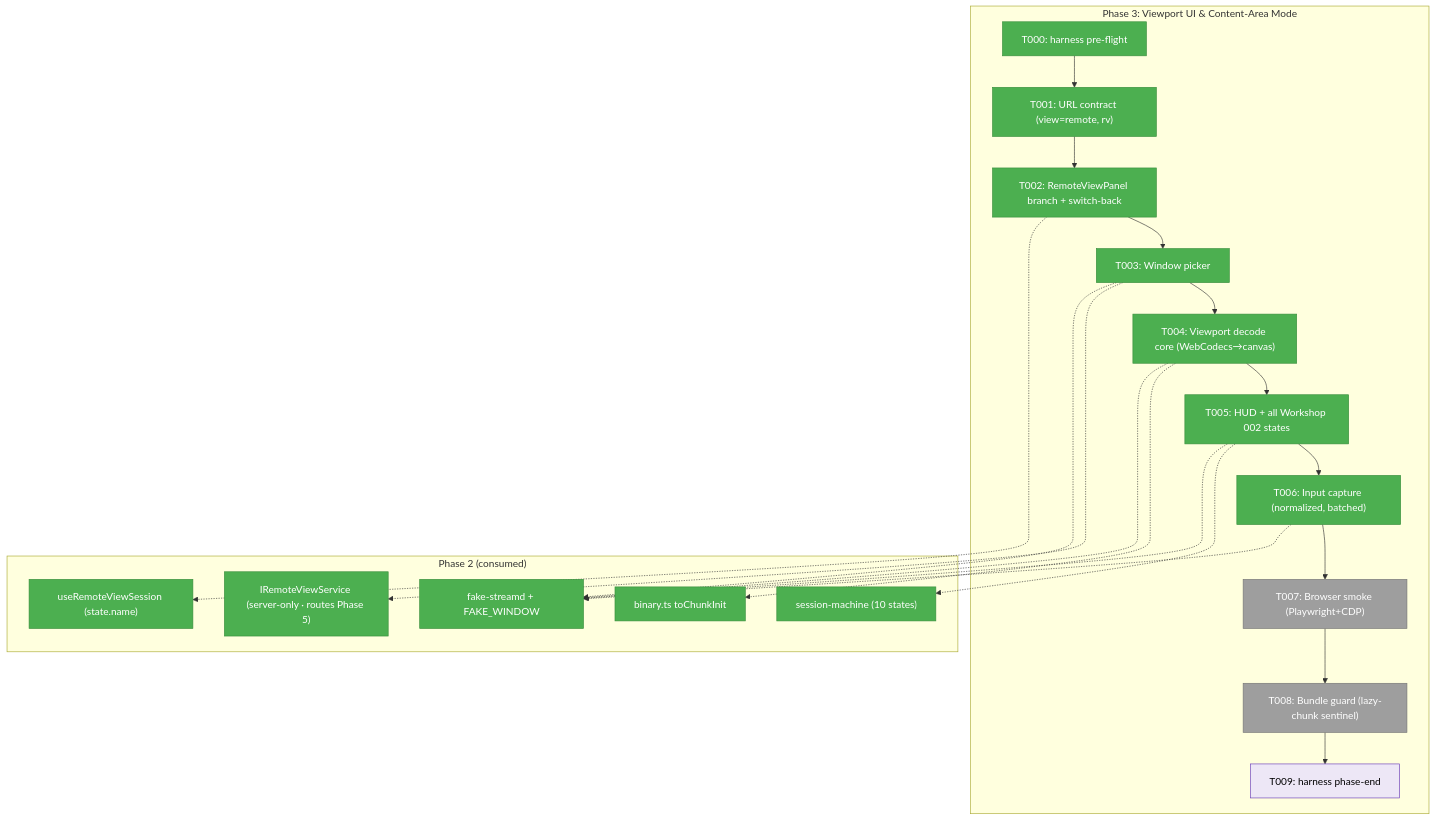
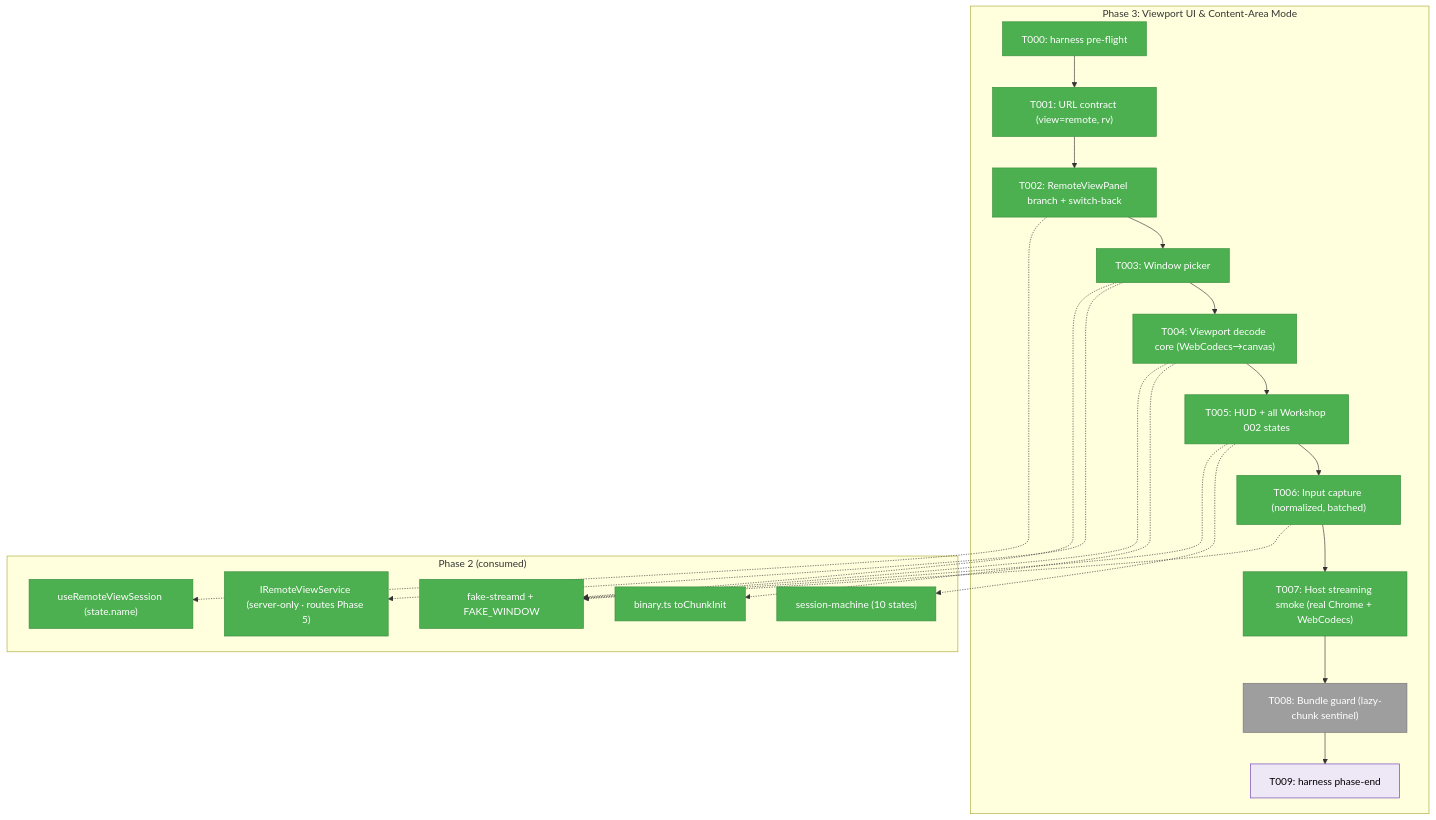
One commit to AI-Substrate/chainglass changed the first of 3 diagrams in docs/plans/088-remote-app-view/tasks/phase-3-viewport-ui-content-area-mode/tasks.md. Above: the diagram before and after it, drawn with Mermaid. The commit also changed other lines of this file and 3 other files, not shown here.

First line of the commit message:
test(remote-view): T007 host streaming smoke — real Chrome + WebCodecs on Mac (Plan 088 Phase 3)

````diff
--- a/docs/plans/088-remote-app-view/tasks/phase-3-viewport-ui-content-area-mode/tasks.md
+++ b/docs/plans/088-remote-app-view/tasks/phase-3-viewport-ui-content-area-mode/tasks.md
@@ -90,36 +90,36 @@
 ```mermaid
 flowchart TD
     classDef pending fill:#9E9E9E,stroke:#757575,color:#fff
     classDef wip fill:#FF9800,stroke:#F57C00,color:#000
     classDef done fill:#4CAF50,stroke:#388E3C,color:#fff
     classDef seam fill:#EDE7F6,stroke:#673AB7,color:#000
     classDef reuse fill:#4CAF50,stroke:#388E3C,color:#fff
 
     subgraph Phase["Phase 3: Viewport UI & Content-Area Mode"]
         T000["T000: harness pre-flight"]:::done
         T001["T001: URL contract (view=remote, rv)"]:::done
         T002["T002: RemoteViewPanel branch + switch-back"]:::done
         T003["T003: Window picker"]:::done
         T004["T004: Viewport decode core (WebCodecs→canvas)"]:::done
         T005["T005: HUD + all Workshop 002 states"]:::done
         T006["T006: Input capture (normalized, batched)"]:::done
-        T007["T007: Browser smoke (Playwright+CDP)"]:::pending
+        T007["T007: Host streaming smoke (real Chrome + WebCodecs)"]:::done
         T008["T008: Bundle guard (lazy-chunk sentinel)"]:::pending
         T009["T009: harness phase-end"]:::seam
         T000 --> T001 --> T002 --> T003 --> T004 --> T005 --> T006 --> T007 --> T008 --> T009
     end
 
     subgraph Reuse["Phase 2 (consumed)"]
         H["useRemoteViewSession (state.name)"]:::reuse
         FSM["session-machine (10 states)"]:::reuse
         BIN["binary.ts toChunkInit"]:::reuse
         SVC["IRemoteViewService (server-only · routes Phase 5)"]:::reuse
         FAKE["fake-streamd + FAKE_WINDOW"]:::reuse
     end
 
     T002 -.-> H
     T003 -.-> SVC
     T004 -.-> BIN
     T005 -.-> FSM
     T003 & T004 & T005 & T006 -.-> FAKE
 ```
````
